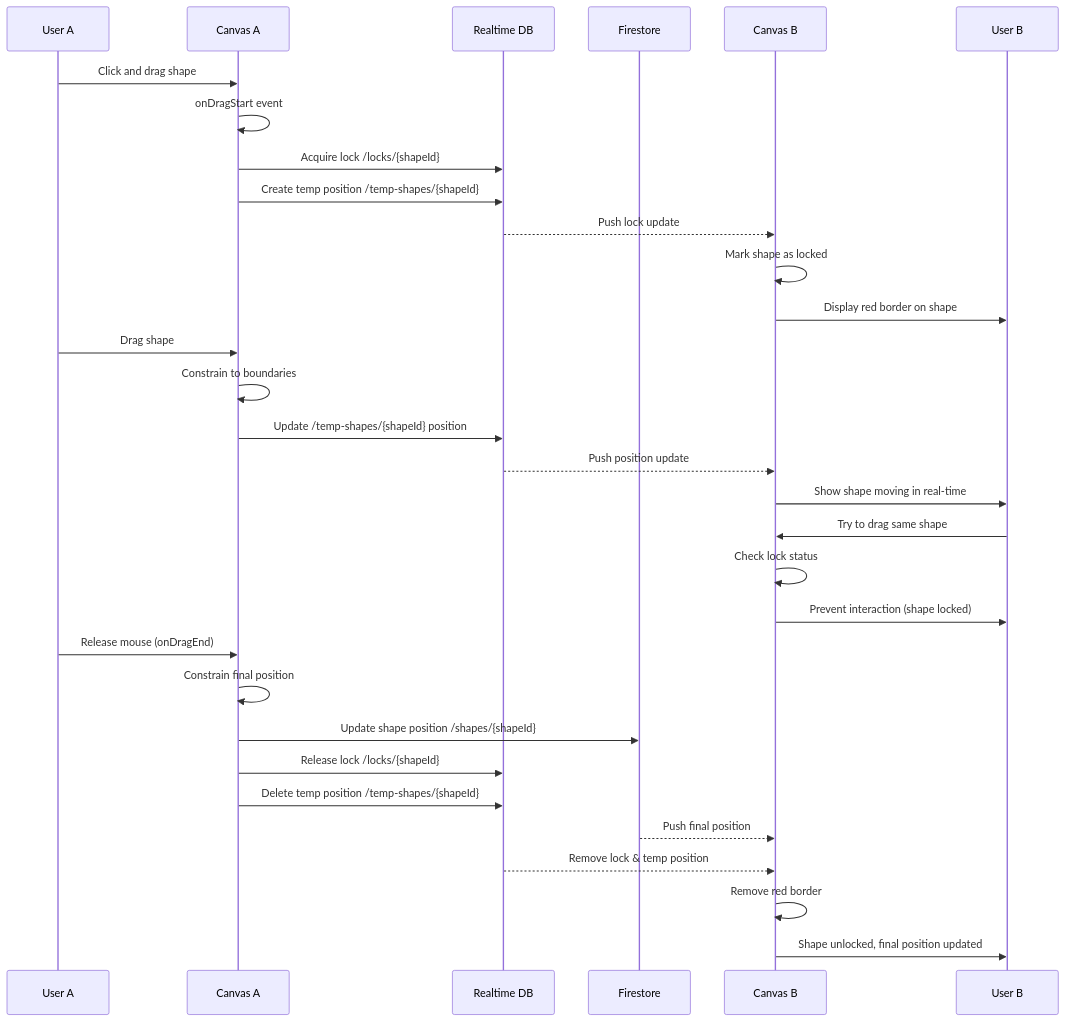
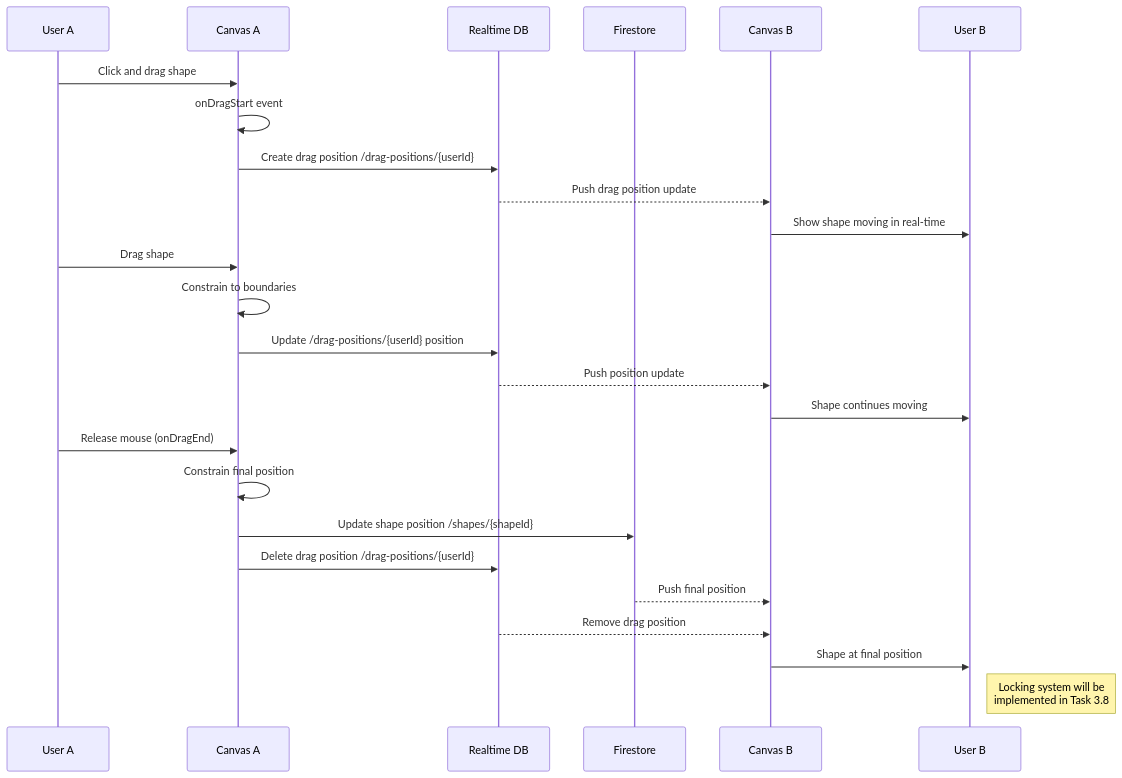
One commit to nosenfield/gauntlet-collab-canvas-2 changed the eighth of 14 diagrams in project_scaffolding/ARCHITECTURE.md. Above: the diagram before and after it, drawn with Mermaid. The commit also changed other lines of this file and 9 other files, not shown here.

````diff
--- a/project_scaffolding/ARCHITECTURE.md
+++ b/project_scaffolding/ARCHITECTURE.md
@@ -336,40 +340,34 @@
 ```mermaid
 sequenceDiagram
     participant User A
     participant Canvas A
     participant Realtime DB
     participant Firestore
     participant Canvas B
     participant User B
     
     User A->>Canvas A: Click and drag shape
     Canvas A->>Canvas A: onDragStart event
-    Canvas A->>Realtime DB: Acquire lock /locks/{shapeId}
-    Canvas A->>Realtime DB: Create temp position /temp-shapes/{shapeId}
+    Canvas A->>Realtime DB: Create drag position /drag-positions/{userId}
     
-    Realtime DB-->>Canvas B: Push lock update
-    Canvas B->>Canvas B: Mark shape as locked
-    Canvas B->>User B: Display red border on shape
+    Realtime DB-->>Canvas B: Push drag position update
+    Canvas B->>User B: Show shape moving in real-time
     
     User A->>Canvas A: Drag shape
     Canvas A->>Canvas A: Constrain to boundaries
-    Canvas A->>Realtime DB: Update /temp-shapes/{shapeId} position
+    Canvas A->>Realtime DB: Update /drag-positions/{userId} position
     
     Realtime DB-->>Canvas B: Push position update
-    Canvas B->>User B: Show shape moving in real-time
-    
-    User B->>Canvas B: Try to drag same shape
-    Canvas B->>Canvas B: Check lock status
-    Canvas B->>User B: Prevent interaction (shape locked)
+    Canvas B->>User B: Shape continues moving
     
     User A->>Canvas A: Release mouse (onDragEnd)
     Canvas A->>Canvas A: Constrain final position
     Canvas A->>Firestore: Update shape position /shapes/{shapeId}
-    Canvas A->>Realtime DB: Release lock /locks/{shapeId}
-    Canvas A->>Realtime DB: Delete temp position /temp-shapes/{shapeId}
+    Canvas A->>Realtime DB: Delete drag position /drag-positions/{userId}
     
     Firestore-->>Canvas B: Push final position
-    Realtime DB-->>Canvas B: Remove lock & temp position
-    Canvas B->>Canvas B: Remove red border
-    Canvas B->>User B: Shape unlocked, final position updated
+    Realtime DB-->>Canvas B: Remove drag position
+    Canvas B->>User B: Shape at final position
+
+Note right of User B: Locking system will be<br/>implemented in Task 3.8
 ```
````
